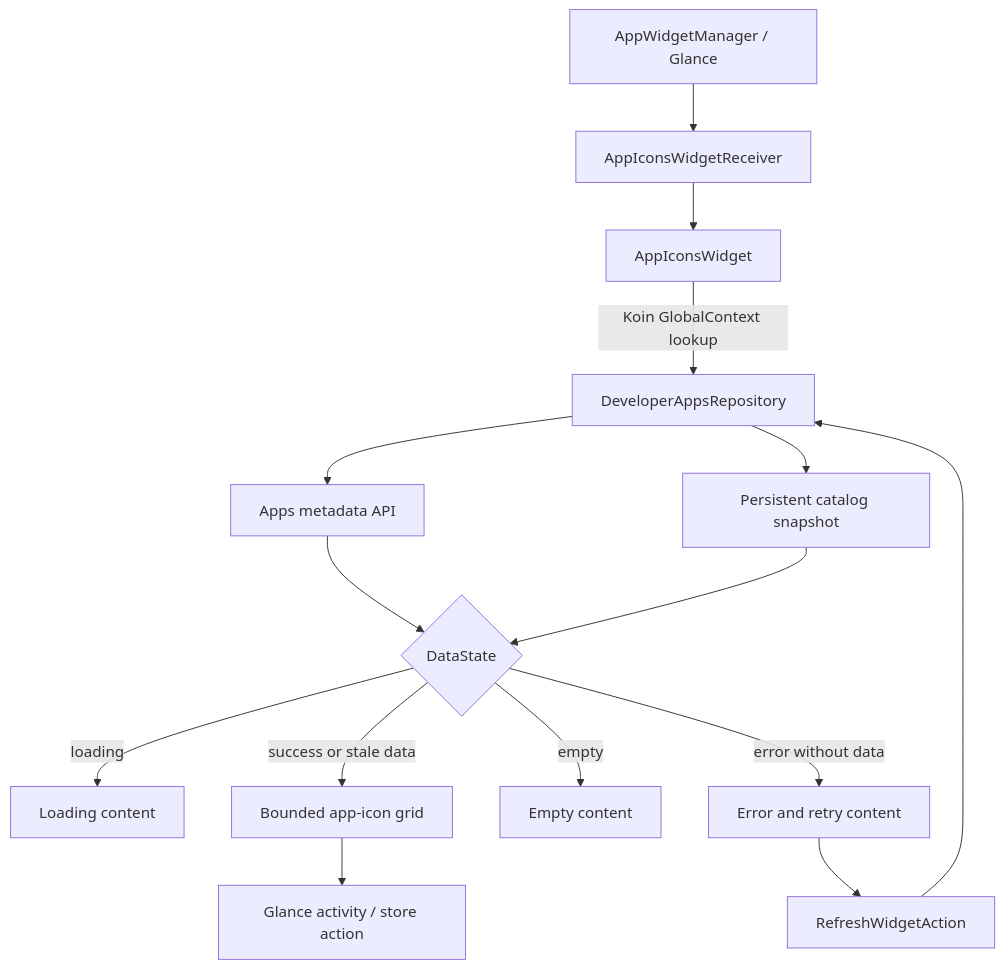
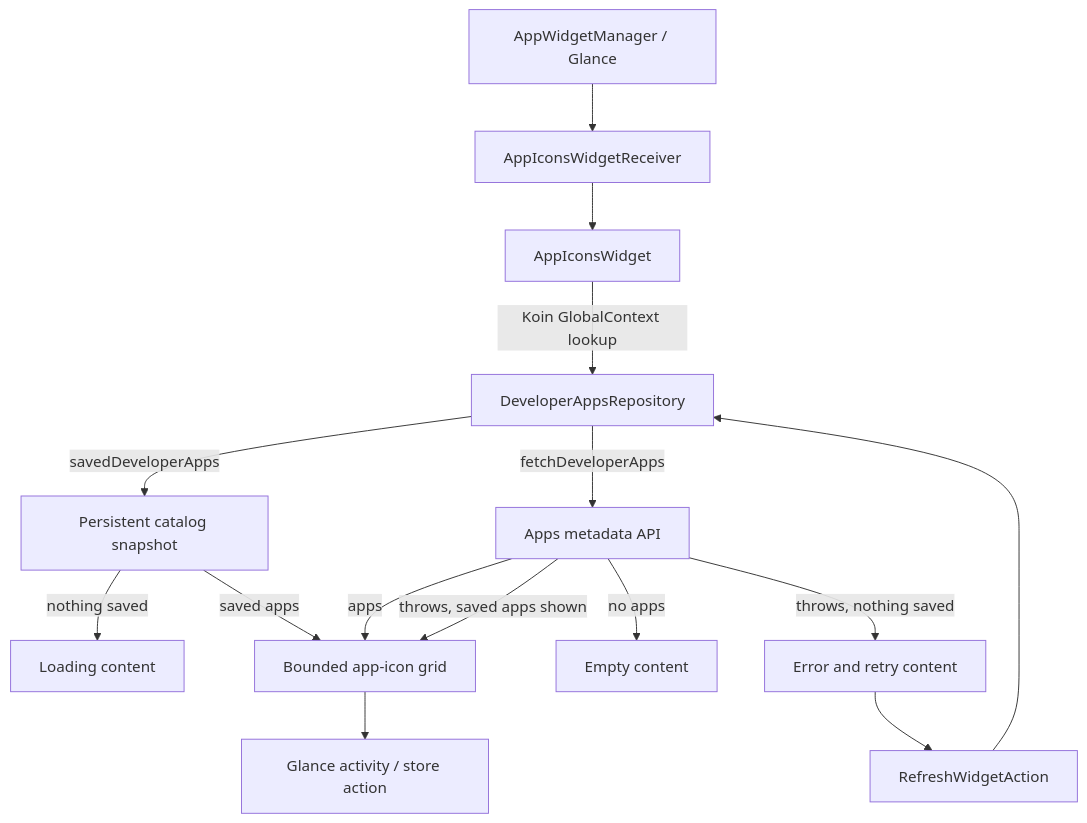
Before and after one commit to MihaiCristianCondrea/App-Toolkit-for-Android: the diagram in sample/widget/README.md, drawn with Mermaid. The commit also changed other lines of this file and 55 other files, not shown here.

````diff
--- a/sample/widget/README.md
+++ b/sample/widget/README.md
@@ -30,17 +30,17 @@
 ```mermaid
 flowchart TD
     System[AppWidgetManager / Glance] --> Receiver[AppIconsWidgetReceiver]
     Receiver --> Widget[AppIconsWidget]
     Widget -->|Koin GlobalContext lookup| Repo[DeveloperAppsRepository]
-    Repo --> Remote[Apps metadata API]
-    Repo --> Cache[Persistent catalog snapshot]
-    Remote --> State{DataState}
-    Cache --> State
-    State -->|loading| Loading[Loading content]
-    State -->|success or stale data| Grid[Bounded app-icon grid]
-    State -->|empty| Empty[Empty content]
-    State -->|error without data| Error[Error and retry content]
+    Repo -->|savedDeveloperApps| Cache[Persistent catalog snapshot]
+    Repo -->|fetchDeveloperApps| Remote[Apps metadata API]
+    Cache -->|nothing saved| Loading[Loading content]
+    Cache -->|saved apps| Grid[Bounded app-icon grid]
+    Remote -->|apps| Grid
+    Remote -->|no apps| Empty[Empty content]
+    Remote -->|throws, saved apps shown| Grid
+    Remote -->|throws, nothing saved| Error[Error and retry content]
     Grid --> Launch[Glance activity / store action]
     Error --> Retry[RefreshWidgetAction]
     Retry --> Repo
 ```
````
